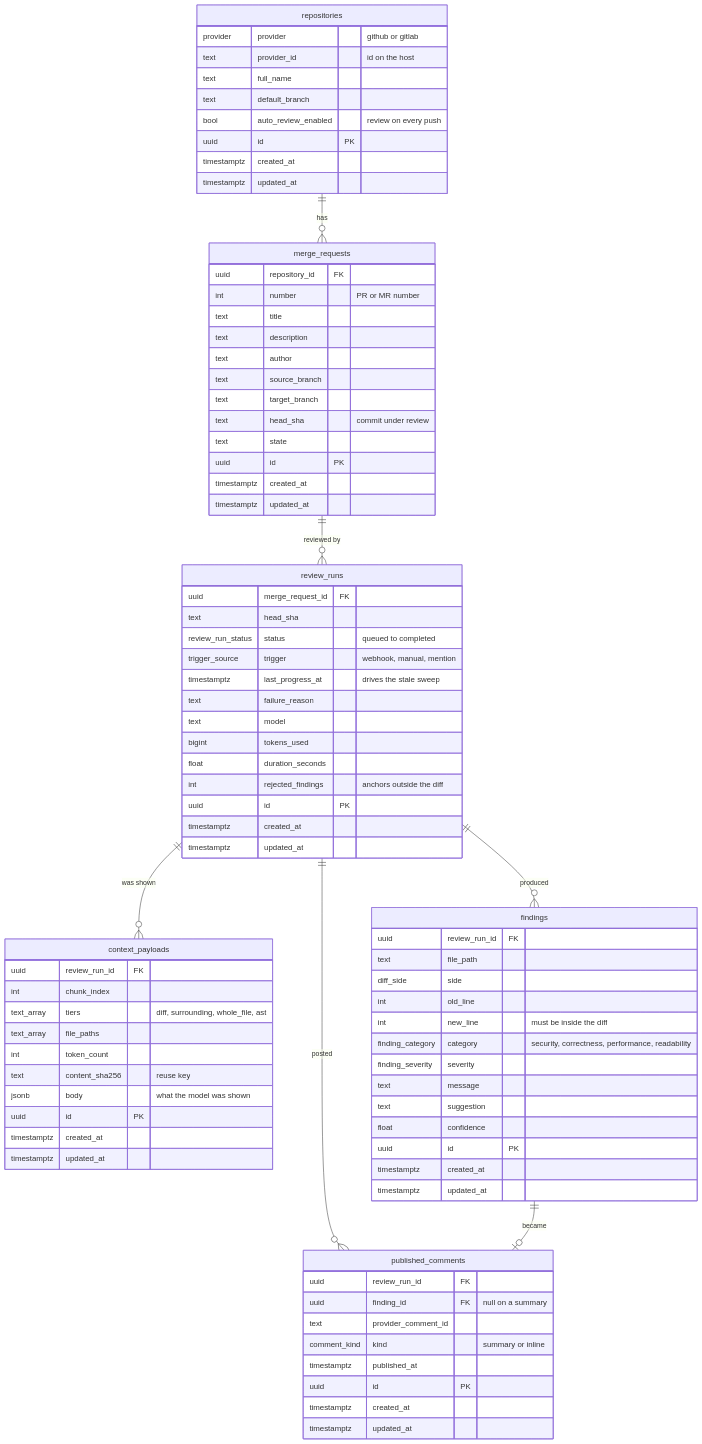
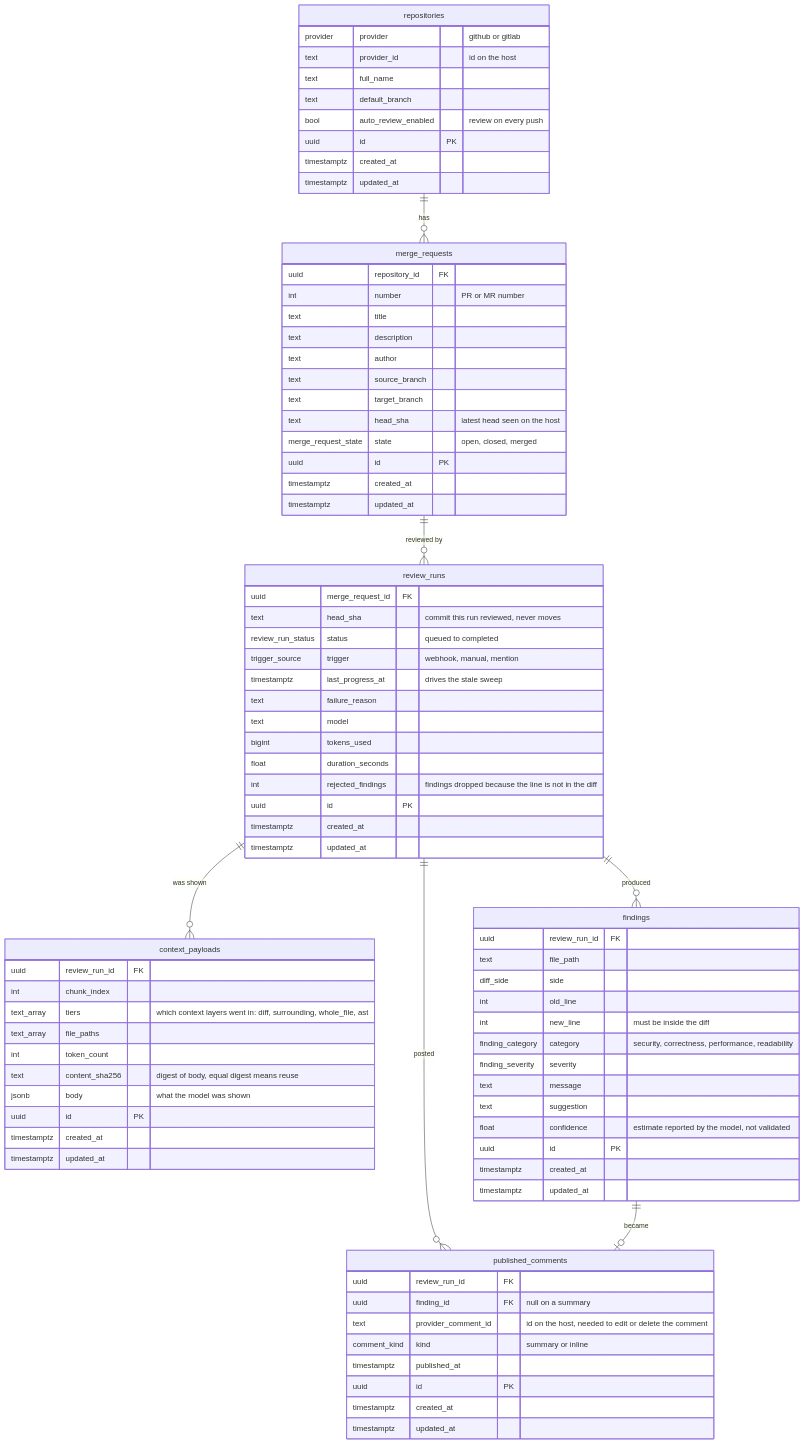
One commit to larchanka-training/dmc-268-api-t1 changed the diagram in docs/erd.md. Above: the diagram before and after it, drawn with Mermaid. The commit also changed other lines of this file and 14 other files, not shown here.

First line of the commit message:
fix: restrict deletes, constrain merge request state, document the tables

```diff
--- a/docs/erd.md
+++ b/docs/erd.md
@@ -35,15 +35,15 @@
         text author
         text source_branch
         text target_branch
-        text head_sha "commit under review"
-        text state
+        text head_sha "latest head seen on the host"
+        merge_request_state state "open, closed, merged"
         uuid id PK
         timestamptz created_at
         timestamptz updated_at
     }
     review_runs {
         uuid merge_request_id FK
-        text head_sha
+        text head_sha "commit this run reviewed, never moves"
         review_run_status status "queued to completed"
         trigger_source trigger "webhook, manual, mention"
         timestamptz last_progress_at "drives the stale sweep"
@@ -51,7 +51,7 @@
         text model
         bigint tokens_used
         float duration_seconds
-        int rejected_findings "anchors outside the diff"
+        int rejected_findings "findings dropped because the line is not in the diff"
         uuid id PK
         timestamptz created_at
         timestamptz updated_at
@@ -59,10 +59,10 @@
     context_payloads {
         uuid review_run_id FK
         int chunk_index
-        text_array tiers "diff, surrounding, whole_file, ast"
+        text_array tiers "which context layers went in: diff, surrounding, whole_file, ast"
         text_array file_paths
         int token_count
-        text content_sha256 "reuse key"
+        text content_sha256 "digest of body, equal digest means reuse"
         jsonb body "what the model was shown"
         uuid id PK
         timestamptz created_at
@@ -78,7 +78,7 @@
         finding_severity severity
         text message
         text suggestion
-        float confidence
+        float confidence "estimate reported by the model, not validated"
         uuid id PK
         timestamptz created_at
         timestamptz updated_at
@@ -86,7 +86,7 @@
     published_comments {
         uuid review_run_id FK
         uuid finding_id FK "null on a summary"
-        text provider_comment_id
+        text provider_comment_id "id on the host, needed to edit or delete the comment"
         comment_kind kind "summary or inline"
         timestamptz published_at
         uuid id PK
```
